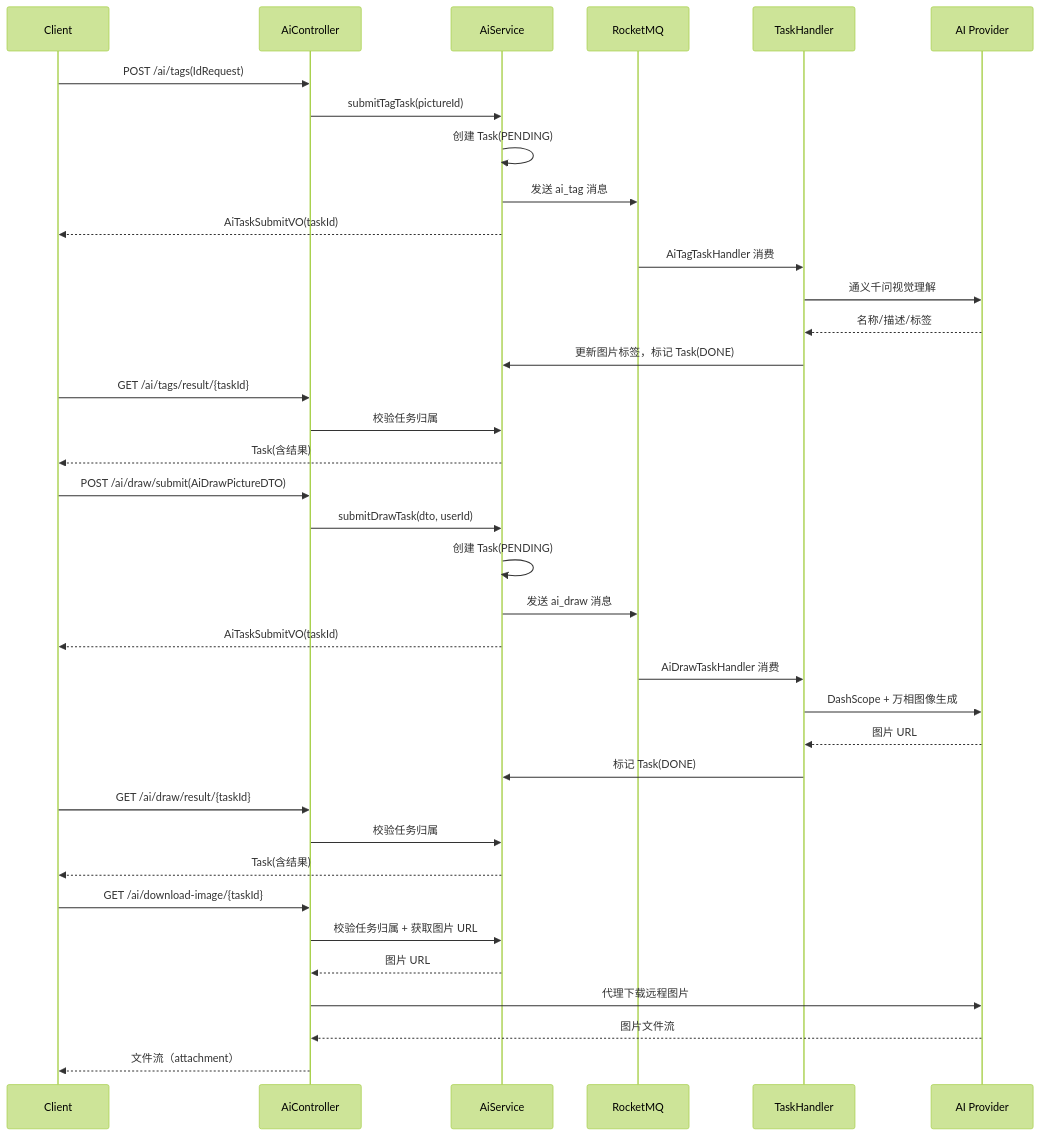
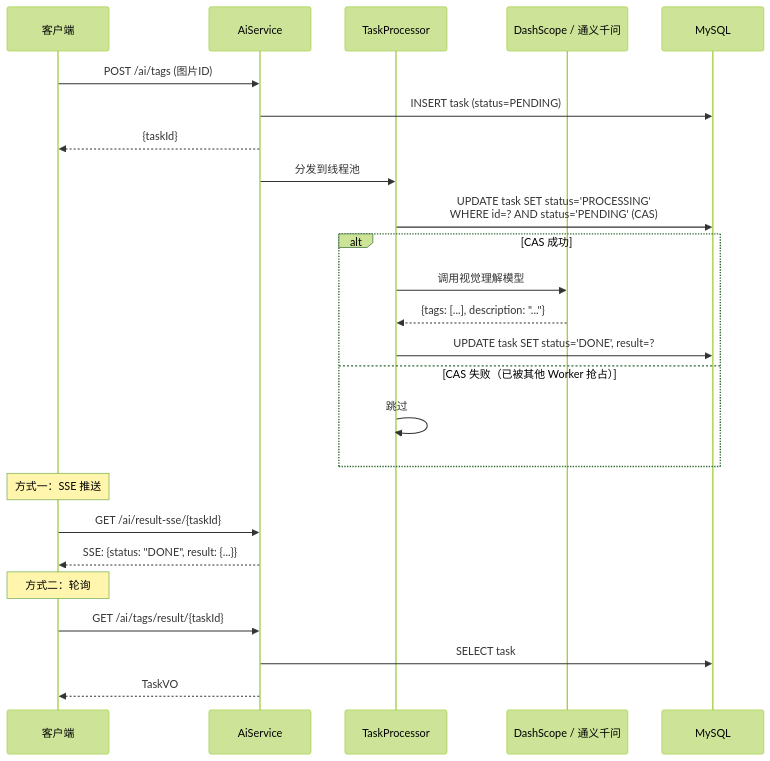
One commit to FishDuM/AI.Image.Material.Collaboration.Platform changed the sixth of 8 diagrams in model/uml_diagrams.md. Above: the diagram before and after it, drawn with Mermaid (forest theme). The commit also changed other lines of this file and 106 other files, not shown here.

````diff
--- a/model/uml_diagrams.md
+++ b/model/uml_diagrams.md
@@ -536,46 +582,31 @@
 ```mermaid
 sequenceDiagram
-    participant C as Client
-    participant A as AiController
-    participant S as AiService
-    participant MQ as RocketMQ
-    participant H as TaskHandler
-    participant AI as AI Provider
+    participant C as 客户端
+    participant A as AiService
+    participant T as TaskProcessor
+    participant AI as DashScope / 通义千问
+    participant DB as MySQL
 
-    C->>A: POST /ai/tags(IdRequest)
-    A->>S: submitTagTask(pictureId)
-    S->>S: 创建 Task(PENDING)
-    S->>MQ: 发送 ai_tag 消息
-    S-->>C: AiTaskSubmitVO(taskId)
+    C->>A: POST /ai/tags (图片ID)
+    A->>DB: INSERT task (status=PENDING)
+    A-->>C: {taskId}
+    A->>T: 分发到线程池
 
-    MQ->>H: AiTagTaskHandler 消费
-    H->>AI: 通义千问视觉理解
-    AI-->>H: 名称/描述/标签
-    H->>S: 更新图片标签，标记 Task(DONE)
+    T->>DB: UPDATE task SET status='PROCESSING'<br/>WHERE id=? AND status='PENDING' (CAS)
+    alt CAS 成功
+        T->>AI: 调用视觉理解模型
+        AI-->>T: {tags: [...], description: "..."}
+        T->>DB: UPDATE task SET status='DONE', result=?
+    else CAS 失败（已被其他 Worker 抢占）
+        T->>T: 跳过
+    end
 
+    Note over C: 方式一：SSE 推送
+    C->>A: GET /ai/result-sse/{taskId}
+    A-->>C: SSE: {status: "DONE", result: {...}}
+
+    Note over C: 方式二：轮询
     C->>A: GET /ai/tags/result/{taskId}
-    A->>S: 校验任务归属
-    S-->>C: Task(含结果)
-
-    C->>A: POST /ai/draw/submit(AiDrawPictureDTO)
-    A->>S: submitDrawTask(dto, userId)
-    S->>S: 创建 Task(PENDING)
-    S->>MQ: 发送 ai_draw 消息
-    S-->>C: AiTaskSubmitVO(taskId)
-
-    MQ->>H: AiDrawTaskHandler 消费
-    H->>AI: DashScope + 万相图像生成
-    AI-->>H: 图片 URL
-    H->>S: 标记 Task(DONE)
-
-    C->>A: GET /ai/draw/result/{taskId}
-    A->>S: 校验任务归属
-    S-->>C: Task(含结果)
-
-    C->>A: GET /ai/download-image/{taskId}
-    A->>S: 校验任务归属 + 获取图片 URL
-    S-->>A: 图片 URL
-    A->>AI: 代理下载远程图片
-    AI-->>A: 图片文件流
-    A-->>C: 文件流（attachment）
+    A->>DB: SELECT task
+    A-->>C: TaskVO
 ```
````
